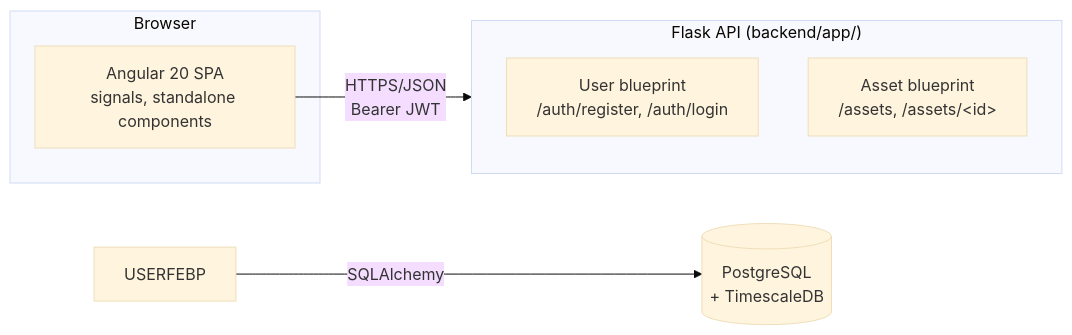
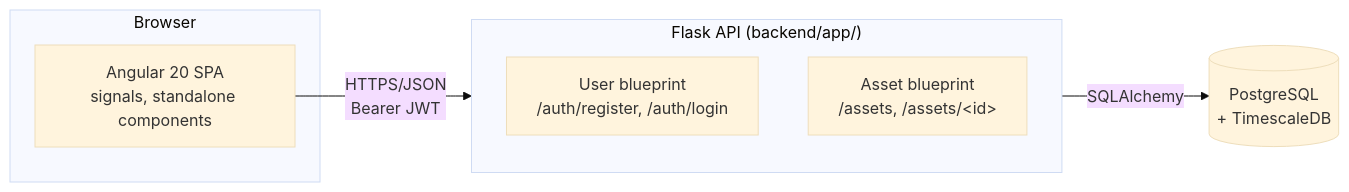
One commit to jyothisgm/samotics_assignment changed the first of 3 diagrams in README.md. Above: the diagram before and after it, drawn with Mermaid (base theme). The commit also changed other lines of this file and 3 other files, not shown here.

````diff
--- a/README.md
+++ b/README.md
@@ -45,17 +35,17 @@
 ```mermaid
 flowchart LR
     subgraph Client["Browser"]
         FE["Angular 20 SPA<br/>signals, standalone components"]
     end
 
     subgraph Server["Flask API (backend/app/)"]
         direction TB
         USERBP["User blueprint<br/>/auth/register, /auth/login"]
         ASSETBP["Asset blueprint<br/>/assets, /assets/&lt;id&gt;"]
     end
 
     DB[("PostgreSQL<br/>+ TimescaleDB")]
 
-    FE -- "HTTPS/JSON<br/>Bearer JWT" --> USERBP
-    USERFEBP -- "SQLAlchemy" --> DB
+    FE -- "HTTPS/JSON<br/>Bearer JWT" --> Server
+    Server -- "SQLAlchemy" --> DB
 ```
````
